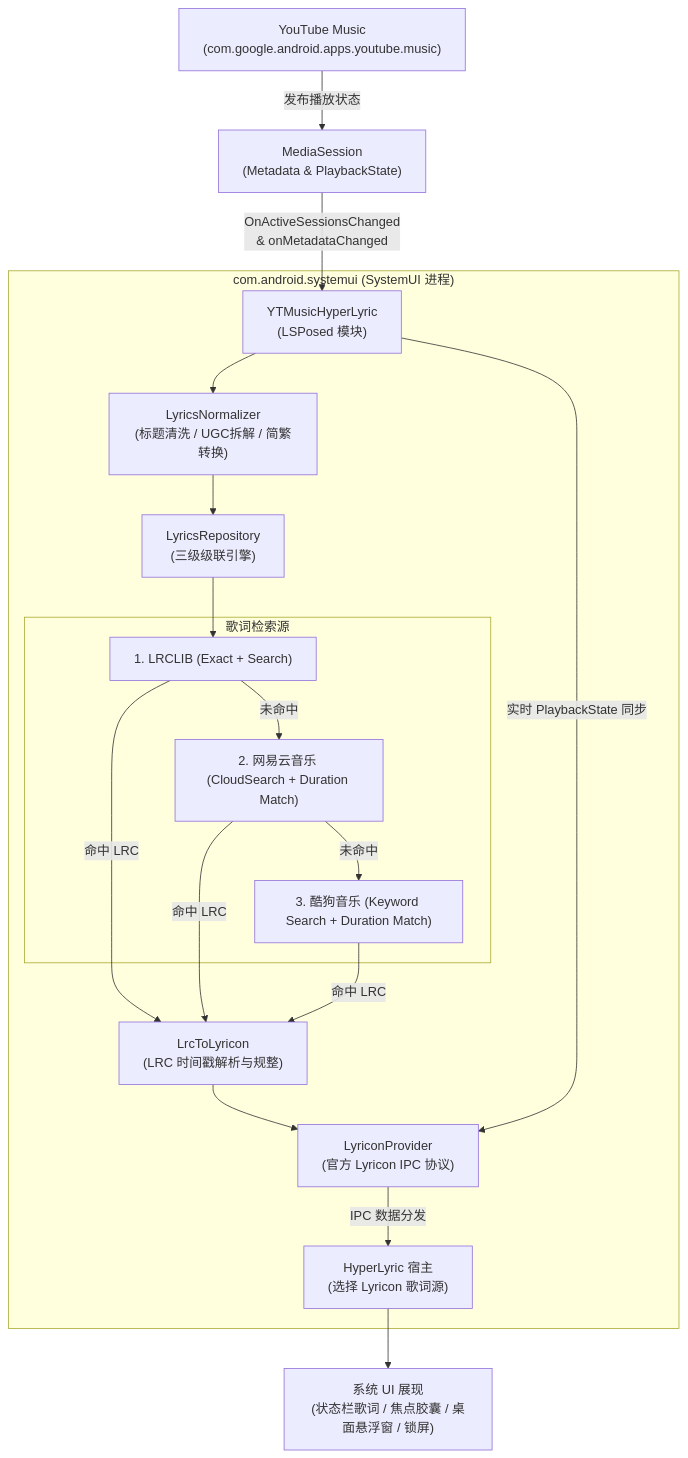
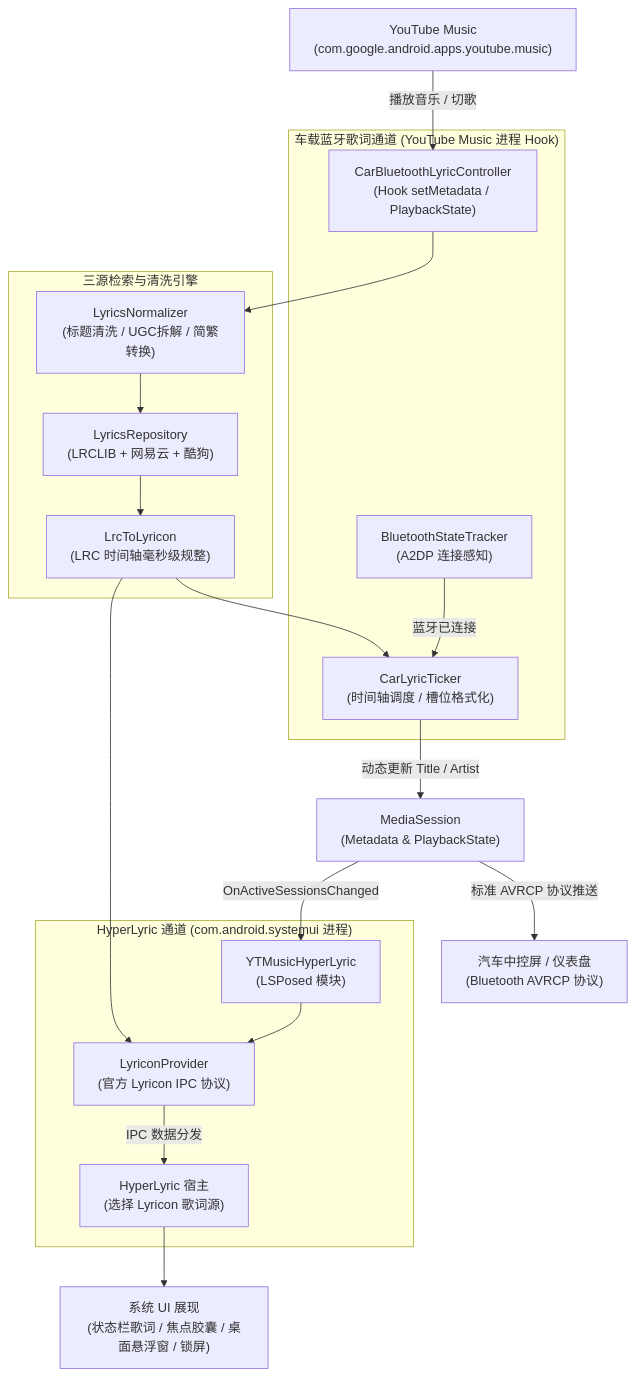
One commit to LanceMoe/YTMusicHyperLyric changed the diagram in README.md. Above: the diagram before and after it, drawn with Mermaid. The commit also changed other lines of this file and 10 other files, not shown here.

First line of the commit message:
feat(xposed): add car bluetooth lyric display with AVRCP sync and settings UI

````diff
--- a/README.md
+++ b/README.md
@@ -60,36 +62,42 @@
 ```mermaid
 flowchart TD
     YTM["YouTube Music\n(com.google.android.apps.youtube.music)"]
     MS["MediaSession\n(Metadata & PlaybackState)"]
     
-    subgraph SystemUI["com.android.systemui (SystemUI 进程)"]
+    subgraph CarBT["车载蓝牙歌词通道 (YouTube Music 进程 Hook)"]
+        CB_HOOK["CarBluetoothLyricController\n(Hook setMetadata / PlaybackState)"]
+        CB_TRACKER["BluetoothStateTracker\n(A2DP 连接感知)"]
+        CB_TICKER["CarLyricTicker\n(时间轴调度 / 槽位格式化)"]
+    end
+
+    subgraph SystemUI["HyperLyric 通道 (com.android.systemui 进程)"]
         MOD["YTMusicHyperLyric\n(LSPosed 模块)"]
-        NORM["LyricsNormalizer\n(标题清洗 / UGC拆解 / 简繁转换)"]
-        REPO["LyricsRepository\n(三级级联引擎)"]
-        LRC["LrcToLyricon\n(LRC 时间戳解析与规整)"]
         PROV["LyriconProvider\n(官方 Lyricon IPC 协议)"]
-        
-        subgraph Sources["歌词检索源"]
-            S1["1. LRCLIB (Exact + Search)"]
-            S2["2. 网易云音乐 (CloudSearch + Duration Match)"]
-            S3["3. 酷狗音乐 (Keyword Search + Duration Match)"]
-        end
-        
         HL["HyperLyric 宿主\n(选择 Lyricon 歌词源)"]
     end
-    
+
+    subgraph SharedLogic["三源检索与清洗引擎"]
+        NORM["LyricsNormalizer\n(标题清洗 / UGC拆解 / 简繁转换)"]
+        REPO["LyricsRepository\n(LRCLIB + 网易云 + 酷狗)"]
+        LRC["LrcToLyricon\n(LRC 时间轴毫秒级规整)"]
+    end
+
+    CAR["汽车中控屏 / 仪表盘\n(Bluetooth AVRCP 协议)"]
     UI["系统 UI 展现\n(状态栏歌词 / 焦点胶囊 / 桌面悬浮窗 / 锁屏)"]
 
-    YTM -- "发布播放状态" --> MS
-    MS -- "OnActiveSessionsChanged\n& onMetadataChanged" --> MOD
-    MOD --> NORM
-    NORM --> REPO
-    REPO --> S1
-    S1 -- "未命中" --> S2
-    S2 -- "未命中" --> S3
-    S1 & S2 & S3 -- "命中 LRC" --> LRC
+    %% YouTube Music & Car Bluetooth
+    YTM -- "播放音乐 / 切歌" --> CB_HOOK
+    CB_HOOK --> NORM
+    NORM --> REPO --> LRC
+    LRC --> CB_TICKER
+    CB_TRACKER -- "蓝牙已连接" --> CB_TICKER
+    CB_TICKER -- "动态更新 Title / Artist" --> MS
+    MS -- "标准 AVRCP 协议推送" --> CAR
+
+    %% SystemUI & HyperLyric
+    MS -- "OnActiveSessionsChanged" --> MOD
+    MOD --> PROV
     LRC --> PROV
-    MOD -- "实时 PlaybackState 同步" --> PROV
     PROV -- "IPC 数据分发" --> HL
     HL --> UI
 ```
````
